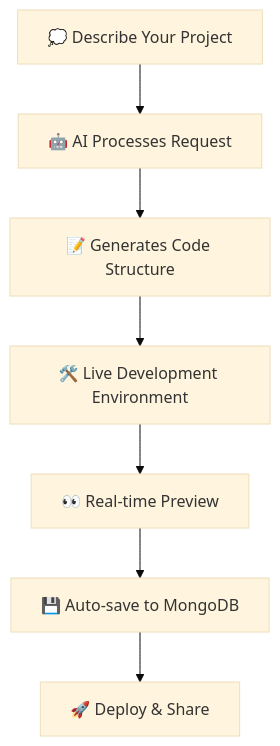
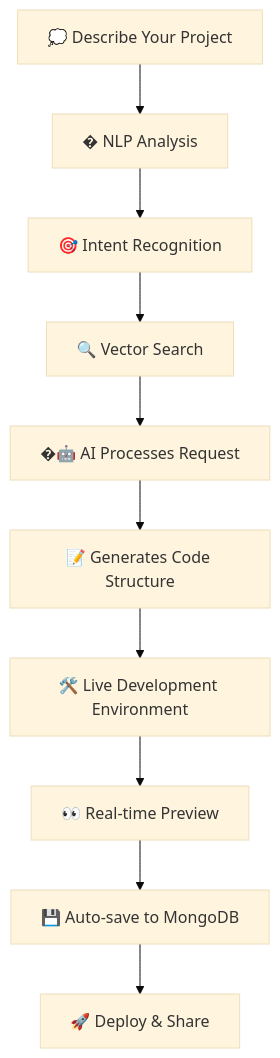
One commit to Mukul2956/Sitesmith changed the diagram in README.md. Above: the diagram before and after it, drawn with Mermaid (base theme). The commit also changed other lines of this file, not shown here.

````diff
--- a/README.md
+++ b/README.md
@@ -135,9 +271,12 @@
 ```mermaid
 graph TD
-    A[💭 Describe Your Project] --> B[🤖 AI Processes Request]
-    B --> C[📝 Generates Code Structure]
-    C --> D[🛠️ Live Development Environment]
-    D --> E[👀 Real-time Preview]
-    E --> F[💾 Auto-save to MongoDB]
-    F --> G[🚀 Deploy & Share]
+    A[💭 Describe Your Project] --> B[� NLP Analysis]
+    B --> C[🎯 Intent Recognition]
+    C --> D[🔍 Vector Search]
+    D --> E[�🤖 AI Processes Request]
+    E --> F[📝 Generates Code Structure]
+    F --> G[🛠️ Live Development Environment]
+    G --> H[👀 Real-time Preview]
+    H --> I[💾 Auto-save to MongoDB]
+    I --> J[🚀 Deploy & Share]
 ```
````
